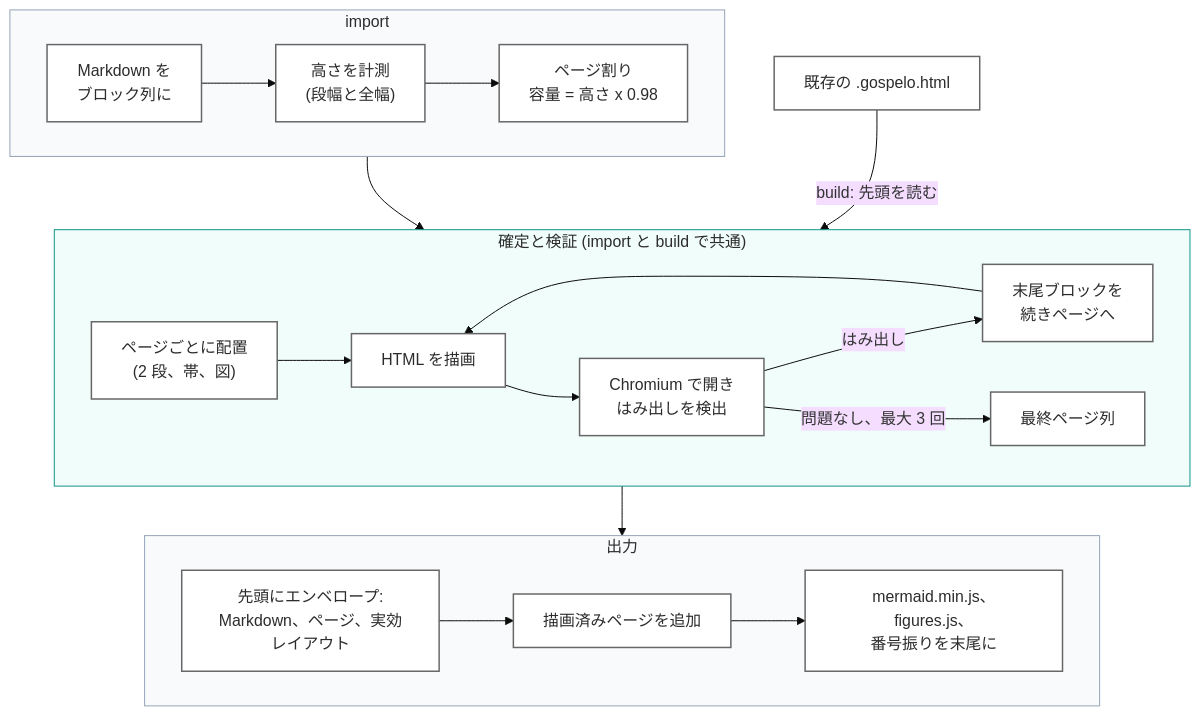
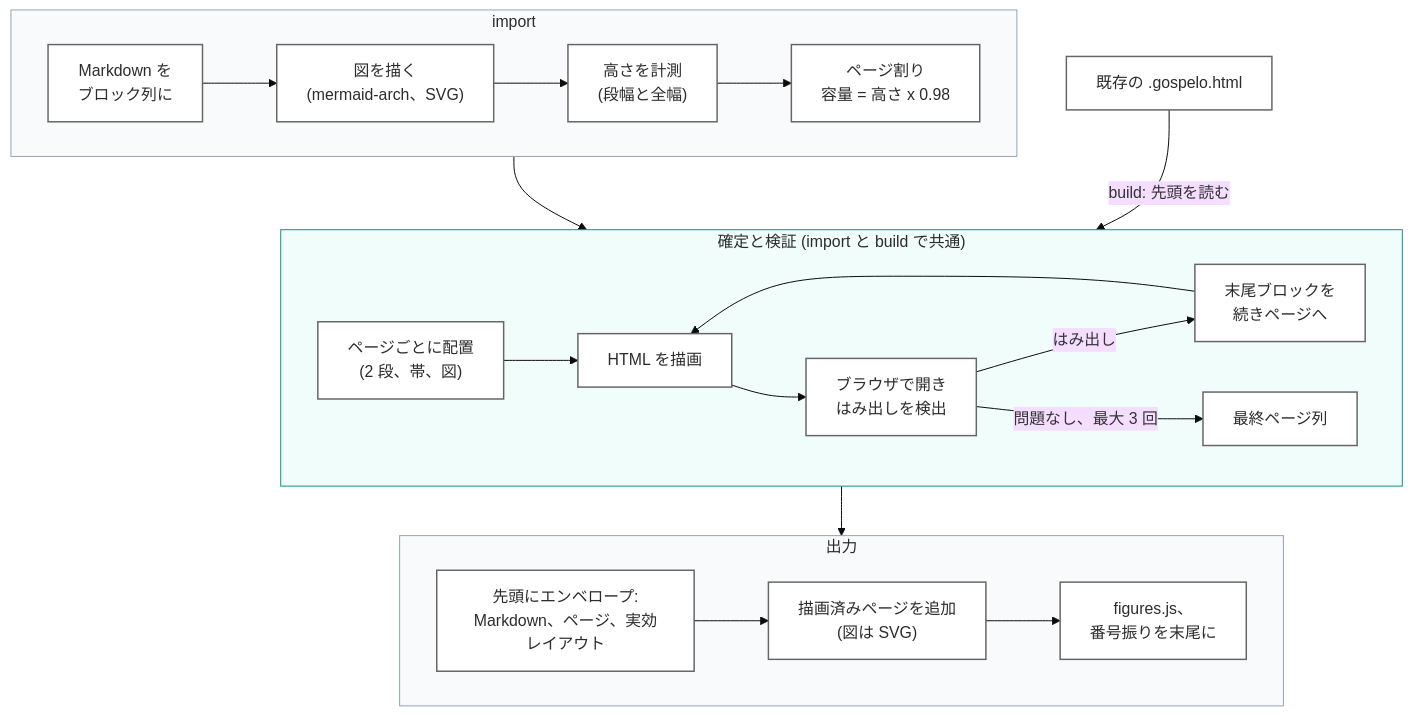
Before and after one commit to gospelo-dev/md2html: the third of 5 diagrams in docs/ARCHITECTURE_ja.md, drawn with Mermaid (base theme). The commit also changed other lines of this file and 92 other files, not shown here.

````diff
--- a/docs/ARCHITECTURE_ja.md
+++ b/docs/ARCHITECTURE_ja.md
@@ -106,25 +106,25 @@
 ```mermaid
 flowchart TB
     subgraph Import["import"]
         direction LR
-        I1["Markdown を<br/>ブロック列に"] --> I2["高さを計測<br/>(段幅と全幅)"] --> I3["ページ割り<br/>容量 = 高さ x 0.98"]
+        I1["Markdown を<br/>ブロック列に"] --> I0["図を描く<br/>(mermaid-arch、SVG)"] --> I2["高さを計測<br/>(段幅と全幅)"] --> I3["ページ割り<br/>容量 = 高さ x 0.98"]
     end
     subgraph Common["確定と検証 (import と build で共通)"]
         direction LR
-        B1["ページごとに配置<br/>(2 段、帯、図)"] --> B2["HTML を描画"] --> B3["Chromium で開き<br/>はみ出しを検出"]
+        B1["ページごとに配置<br/>(2 段、帯、図)"] --> B2["HTML を描画"] --> B3["ブラウザで開き<br/>はみ出しを検出"]
         B3 -->|はみ出し| B4["末尾ブロックを<br/>続きページへ"] --> B2
         B3 -->|問題なし、最大 3 回| B5["最終ページ列"]
     end
     subgraph Out["出力"]
         direction LR
-        O1["先頭にエンベロープ:<br/>Markdown、ページ、実効レイアウト"] --> O2["描画済みページを追加"] --> O3["mermaid.min.js、figures.js、<br/>番号振りを末尾に"]
+        O1["先頭にエンベロープ:<br/>Markdown、ページ、実効レイアウト"] --> O2["描画済みページを追加<br/>(図は SVG)"] --> O3["figures.js、<br/>番号振りを末尾に"]
     end
     Import --> Common --> Out
     H["既存の .gospelo.html"] -->|build: 先頭を読む| Common
 
     classDef node fill:#FFFFFF,stroke:#666666,stroke-width:1.5px,color:#2C2C2C
-    class I1,I2,I3,B1,B2,B3,B4,B5,O1,O2,O3,H node
+    class I1,I0,I2,I3,B1,B2,B3,B4,B5,O1,O2,O3,H node
     style Import fill:#F8FAFC,stroke:#94A3B8,color:#2C2C2C
     style Common fill:#F0FDFA,stroke:#0D9488,color:#2C2C2C
     style Out fill:#F8FAFC,stroke:#94A3B8,color:#2C2C2C
 ```
````
